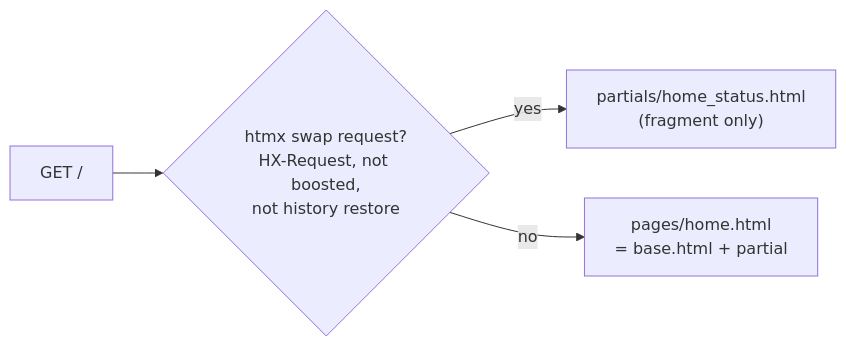
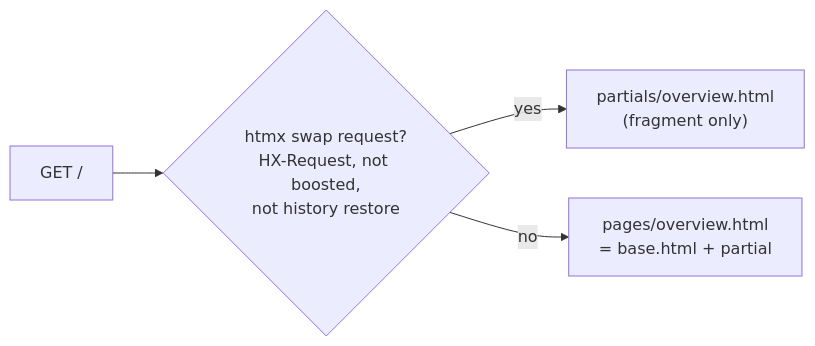
One commit to abhisheknannuri/mosaico changed the seventh of 8 diagrams in mosaico-dashboard/docs/architecture.md. Above: the diagram before and after it, drawn with Mermaid. The commit also changed other lines of this file and 43 other files, not shown here.

````diff
--- a/mosaico-dashboard/docs/architecture.md
+++ b/mosaico-dashboard/docs/architecture.md
@@ -224,6 +314,6 @@
 ```mermaid
 flowchart LR
     REQ["GET /"] --> Q{"htmx swap request?<br/>HX-Request, not boosted,<br/>not history restore"}
-    Q -->|yes| FRAG["partials/home_status.html<br/>(fragment only)"]
-    Q -->|no| PAGE["pages/home.html<br/>= base.html + partial"]
+    Q -->|yes| FRAG["partials/overview.html<br/>(fragment only)"]
+    Q -->|no| PAGE["pages/overview.html<br/>= base.html + partial"]
 ```
````
